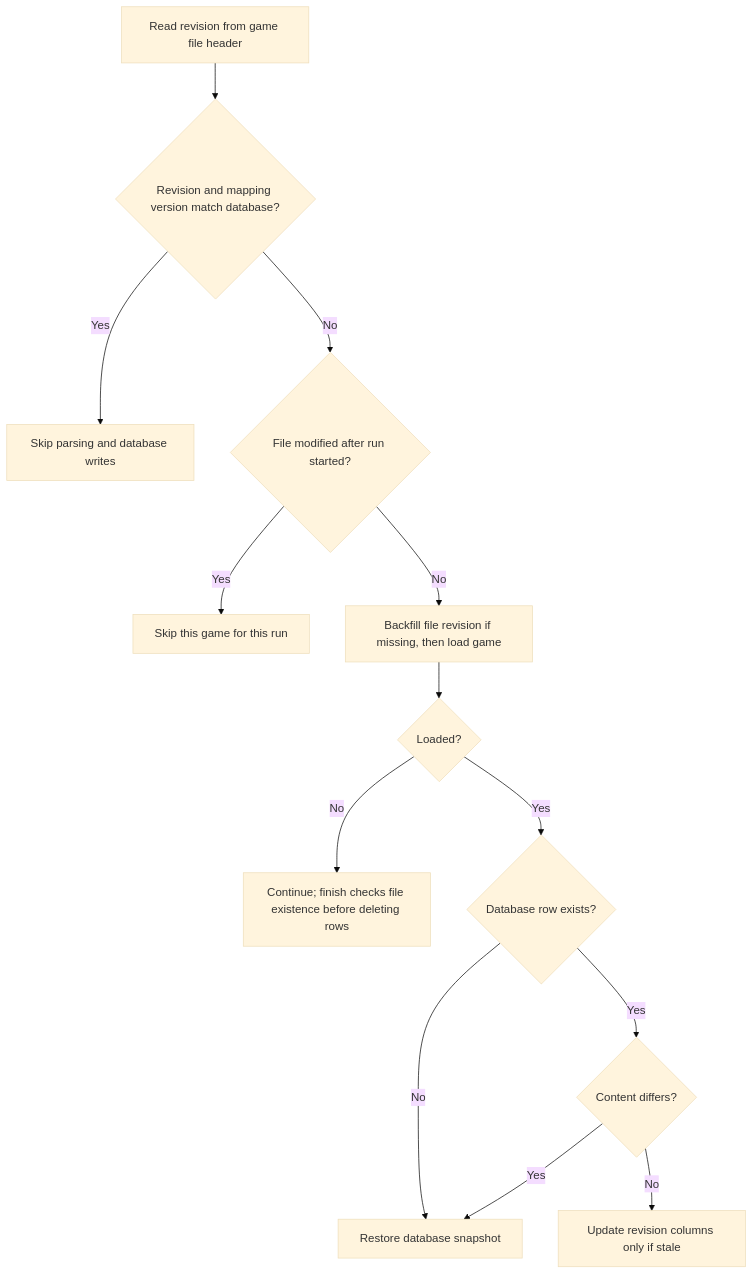
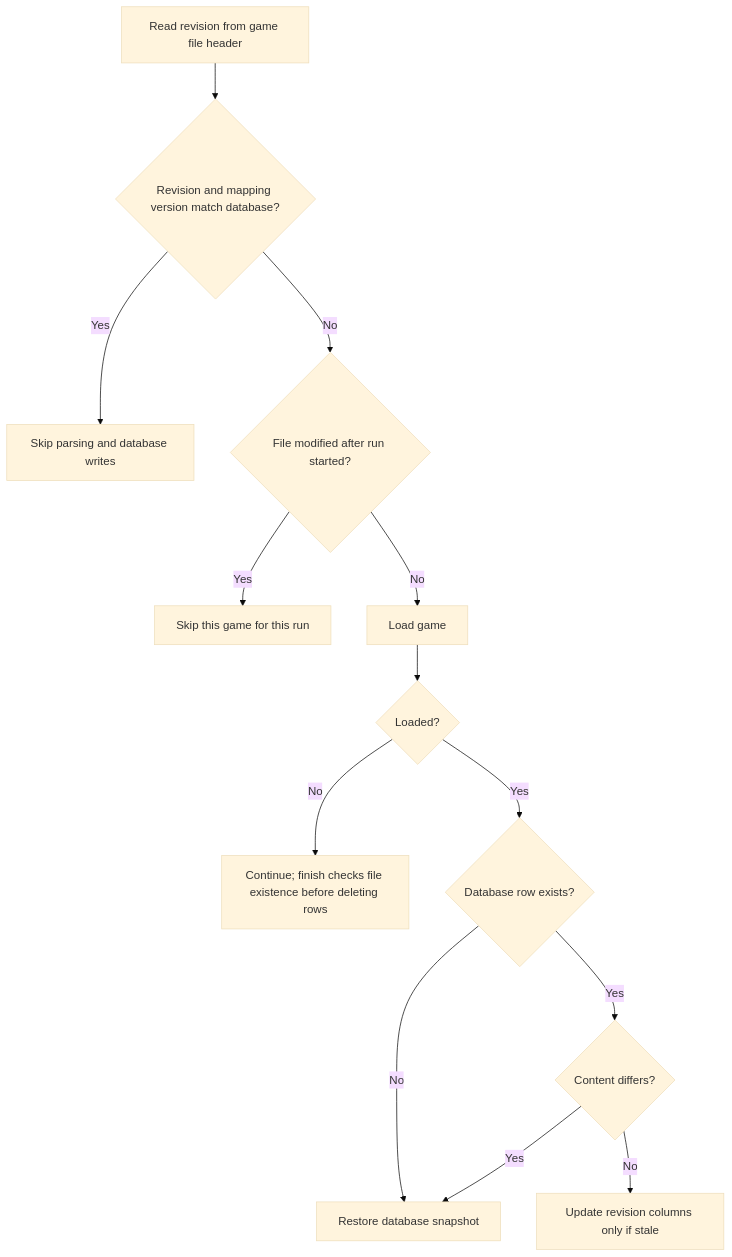
One commit to AsyncTI4/TI4_map_generator_bot changed the fourth of 4 diagrams in src/main/java/ti4/game/persistence/README.md. Above: the diagram before and after it, drawn with Mermaid (base theme). The commit also changed other lines of this file and 25 other files, not shown here.

````diff
--- a/src/main/java/ti4/game/persistence/README.md
+++ b/src/main/java/ti4/game/persistence/README.md
@@ -167,15 +161,15 @@
 ```mermaid
 flowchart TD
     A[Read revision from game file header] --> B{Revision and mapping version match database?}
     B -->|Yes| C[Skip parsing and database writes]
     B -->|No| D{File modified after run started?}
     D -->|Yes| E[Skip this game for this run]
-    D -->|No| F[Backfill file revision if missing, then load game]
+    D -->|No| F[Load game]
     F --> G{Loaded?}
     G -->|No| H[Continue; finish checks file existence before deleting rows]
     G -->|Yes| K{Database row exists?}
     K -->|No| L[Restore database snapshot]
     K -->|Yes| M{Content differs?}
     M -->|Yes| L
     M -->|No| N[Update revision columns only if stale]
 ```
````
